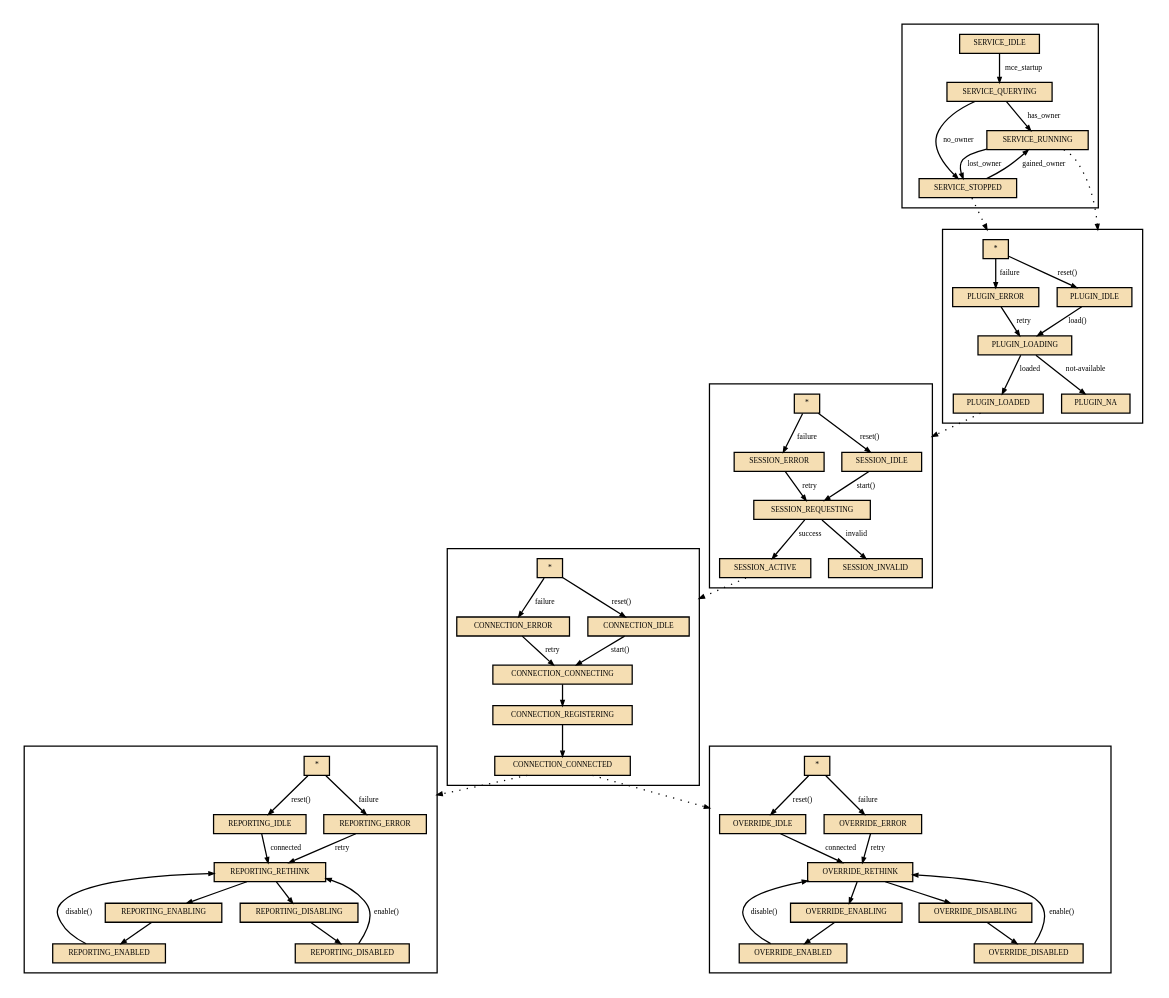
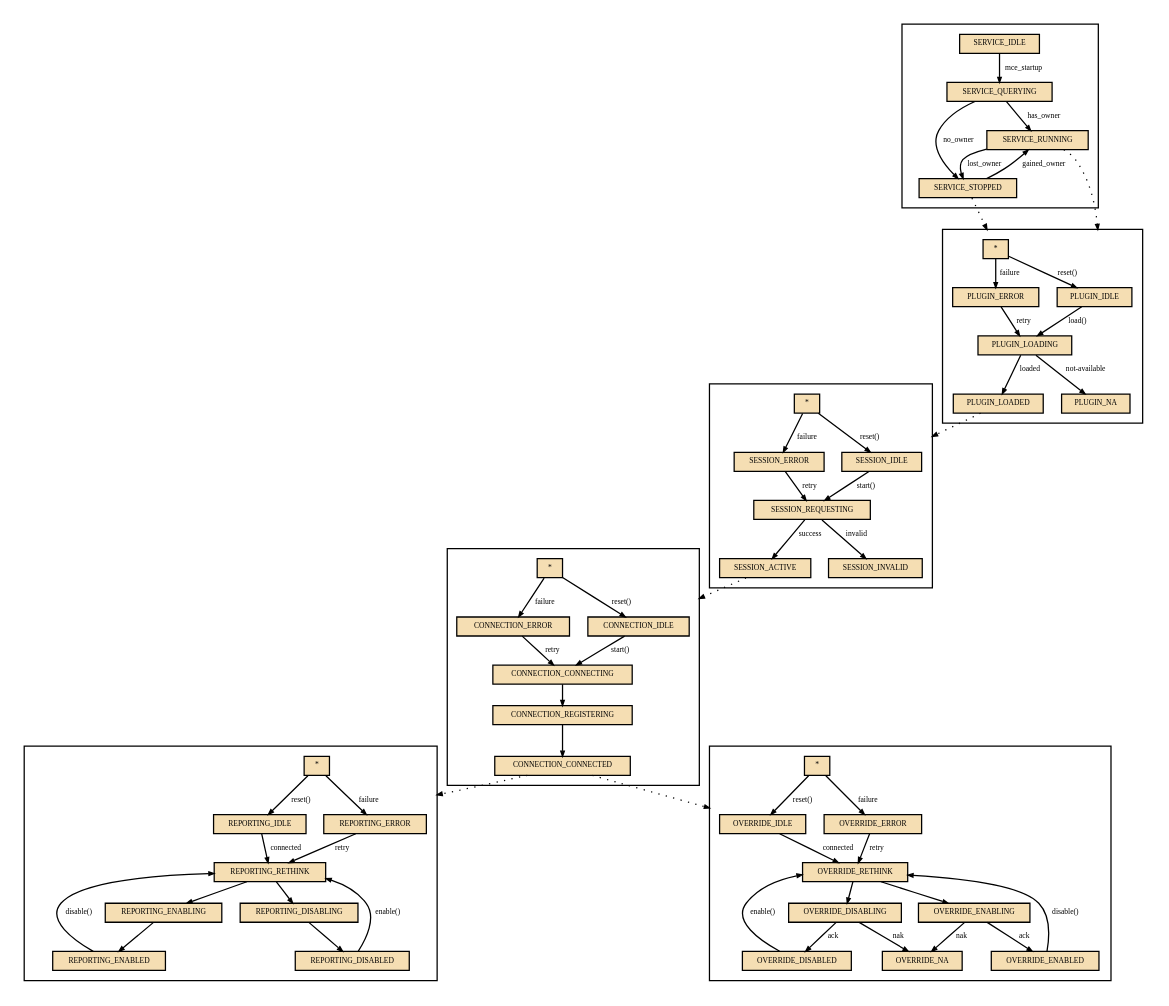
The diagram in mce-sensorfw.dot (sailfishos/mce), drawn with Graphviz before and after one commit. The commit also changed 4 other files, not shown here.

```diff
--- a/mce-sensorfw.dot
+++ b/mce-sensorfw.dot
@@ -1,149 +1,153 @@
 // -*- mode: c -*-
 
 digraph mce_sensorfw
 {
   fontsize=6;
   ranksep=0.2;
   nodesep=0.2;
 
   edge[fontsize=6];
   edge[arrowsize=0.4];
 
   node[width=0.001]
   node[height=0.001]
   node[fontsize=6]
   node[shape=box];
   node[style=filled];
   node[fillcolor=wheat];
 
   compound = true;
 
   subgraph clusterREPORTING {
     REPORTING_IDLE;
     REPORTING_RETHINK;
     REPORTING_ENABLING;
     REPORTING_ENABLED;
     REPORTING_DISABLING;
     REPORTING_DISABLED;
     REPORTING_ERROR;
     REPORTING_ANY [label="*"];
 
     REPORTING_ANY       -> REPORTING_ERROR [label="failure"];
     REPORTING_ANY       -> REPORTING_IDLE  [label="reset()"];
 
     REPORTING_IDLE      -> REPORTING_RETHINK [label="connected"];
 
     REPORTING_RETHINK   -> REPORTING_ENABLING;
     REPORTING_RETHINK   -> REPORTING_DISABLING;
 
     REPORTING_ENABLING  -> REPORTING_ENABLED;
     REPORTING_ENABLED   -> REPORTING_RETHINK [label="disable()"];
 
     REPORTING_DISABLING -> REPORTING_DISABLED;
     REPORTING_DISABLED  -> REPORTING_RETHINK  [label="enable()"];
 
     REPORTING_ERROR     -> REPORTING_RETHINK [label="retry"];
   }
 
   subgraph clusterOVERRIDE {
     OVERRIDE_IDLE;
     OVERRIDE_RETHINK;
     OVERRIDE_ENABLING;
     OVERRIDE_ENABLED;
     OVERRIDE_DISABLING;
     OVERRIDE_DISABLED;
     OVERRIDE_ERROR;
+    OVERRIDE_NA;
     OVERRIDE_ANY [label="*"];
 
-    OVERRIDE_ANY       -> OVERRIDE_ERROR [label="failure"];
-    OVERRIDE_ANY       -> OVERRIDE_IDLE  [label="reset()"];
+    OVERRIDE_ANY       -> OVERRIDE_ERROR     [label="failure"];
+    OVERRIDE_ANY       -> OVERRIDE_IDLE      [label="reset()"];
 
-    OVERRIDE_IDLE      -> OVERRIDE_RETHINK [label="connected"];
+    OVERRIDE_IDLE      -> OVERRIDE_RETHINK   [label="connected"];
 
     OVERRIDE_RETHINK   -> OVERRIDE_ENABLING;
     OVERRIDE_RETHINK   -> OVERRIDE_DISABLING;
 
-    OVERRIDE_ENABLING  -> OVERRIDE_ENABLED;
-    OVERRIDE_ENABLED   -> OVERRIDE_RETHINK [label="disable()"];
-    OVERRIDE_DISABLING -> OVERRIDE_DISABLED;
-    OVERRIDE_DISABLED  -> OVERRIDE_RETHINK  [label="enable()"];
+    OVERRIDE_ENABLING  -> OVERRIDE_ENABLED   [label="ack"];
+    OVERRIDE_ENABLED   -> OVERRIDE_RETHINK   [label="disable()"];
+    OVERRIDE_DISABLING -> OVERRIDE_DISABLED  [label="ack"];
+    OVERRIDE_DISABLED  -> OVERRIDE_RETHINK   [label="enable()"];
 
-    OVERRIDE_ERROR     -> OVERRIDE_RETHINK [label="retry"];
+    OVERRIDE_ERROR     -> OVERRIDE_RETHINK   [label="retry"];
+
+    OVERRIDE_ENABLING  -> OVERRIDE_NA        [label="nak"];
+    OVERRIDE_DISABLING -> OVERRIDE_NA        [label="nak"];
   }
 
   subgraph clusterCONNECTION {
     CONNECTION_IDLE;
     CONNECTION_CONNECTING;
     CONNECTION_REGISTERING;
     CONNECTION_CONNECTED;
     CONNECTION_ERROR;
     CONNECTION_ANY [label="*"];
 
     CONNECTION_ANY           -> CONNECTION_ERROR [label="failure"];
     CONNECTION_ANY           -> CONNECTION_IDLE  [label="reset()"];
 
     CONNECTION_IDLE          -> CONNECTION_CONNECTING [label="start()"];
     CONNECTION_CONNECTING    -> CONNECTION_REGISTERING;
     CONNECTION_REGISTERING   -> CONNECTION_CONNECTED;
 
     CONNECTION_CONNECTED -> REPORTING_IDLE [style=dotted, lhead=clusterREPORTING]
     CONNECTION_CONNECTED -> OVERRIDE_IDLE  [style=dotted, lhead=clusterOVERRIDE]
 
     CONNECTION_ERROR     -> CONNECTION_CONNECTING [label="retry"];
   }
   subgraph clusterSESSION {
     SESSION_IDLE;
     SESSION_REQUESTING;
     SESSION_ACTIVE;
     SESSION_ERROR;
     SESSION_INVALID;
     SESSION_ANY [label="*"];
 
     SESSION_ANY        -> SESSION_ERROR      [label="failure"];
     SESSION_ANY        -> SESSION_IDLE       [label="reset()"];
 
     SESSION_IDLE       -> SESSION_REQUESTING [label="start()"];
     SESSION_REQUESTING -> SESSION_ACTIVE     [label="success"];
     SESSION_REQUESTING -> SESSION_INVALID    [label="invalid"];
 
     SESSION_ACTIVE   -> CONNECTION_IDLE [style=dotted, lhead=clusterCONNECTION]
 
     SESSION_ERROR    -> SESSION_REQUESTING [label="retry"];
   }
 
   subgraph clusterPLUGIN {
     PLUGIN_IDLE;
     PLUGIN_LOADING;
     PLUGIN_LOADED;
     PLUGIN_ERROR;
     PLUGIN_NA;
     PLUGIN_ANY [label="*"];
 
     PLUGIN_ANY  -> PLUGIN_IDLE       [label="reset()"];
     PLUGIN_IDLE -> PLUGIN_LOADING    [label="load()"];
     PLUGIN_LOADING -> PLUGIN_NA      [label="not-available"];
     PLUGIN_LOADING -> PLUGIN_LOADED  [label="loaded"];
     PLUGIN_ANY     -> PLUGIN_ERROR   [label="failure"];
 
     PLUGIN_LOADED  -> SESSION_IDLE   [style=dotted, lhead=clusterSESSION];
 
     PLUGIN_ERROR   -> PLUGIN_LOADING [label="retry"];
   }
 
   subgraph clusterSERVICE {
     SERVICE_IDLE;
     SERVICE_QUERYING;
     SERVICE_RUNNING;
     SERVICE_STOPPED;
 
     SERVICE_IDLE -> SERVICE_QUERYING    [label="mce_startup"];
     SERVICE_QUERYING -> SERVICE_RUNNING [label="has_owner"];
     SERVICE_QUERYING -> SERVICE_STOPPED [label="no_owner"];
     SERVICE_RUNNING -> SERVICE_STOPPED  [label="lost_owner"];
     SERVICE_STOPPED -> SERVICE_RUNNING  [label="gained_owner"];
 
     SERVICE_RUNNING -> PLUGIN_IDLE [style=dotted, lhead=clusterPLUGIN];
     SERVICE_STOPPED -> PLUGIN_ANY [style=dotted, lhead=clusterPLUGIN];
   }
 
 }
```
